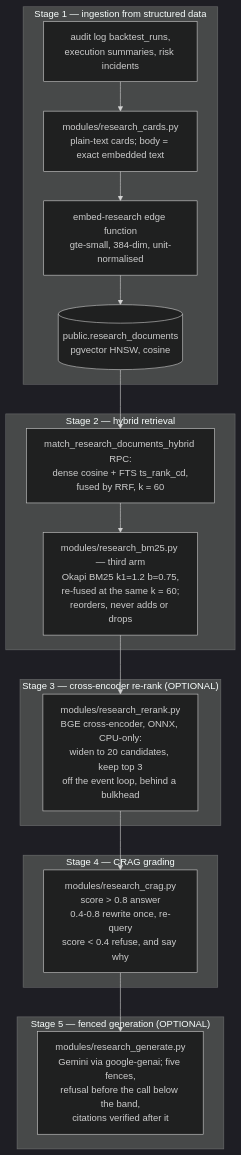
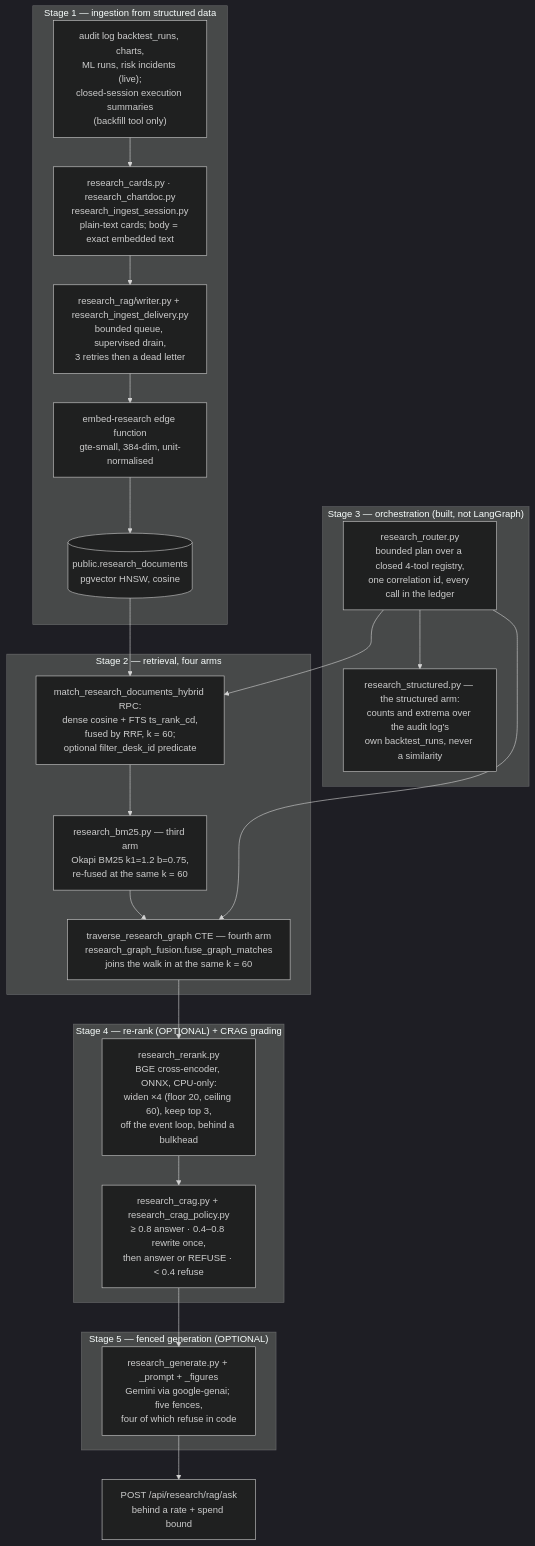
The second of 2 diagrams in docs/architecture/ARCHITECTURE.md (Manutd1234/AlphaEngine), drawn with Mermaid (dark theme) before and after one commit. The commit also changed other lines of this file and 15 other files, not shown here.

````diff
--- a/docs/architecture/ARCHITECTURE.md
+++ b/docs/architecture/ARCHITECTURE.md
@@ -237,31 +270,41 @@
 ```mermaid
 flowchart TB
     subgraph s1["Stage 1 — ingestion from structured data"]
-        sources["audit log backtest_runs,\nexecution summaries, risk incidents"]
-        cards["modules/research_cards.py\nplain-text cards; body = exact embedded text"]
-        embed["embed-research edge function\ngte-small, 384-dim, unit-normalised"]
-        corpus[("public.research_documents\npgvector HNSW, cosine")]
-        sources --> cards --> embed --> corpus
+        sources["audit log backtest_runs, charts,<br/>ML runs, risk incidents (live);<br/>closed-session execution summaries<br/>(backfill tool only)"]
+        cards["research_cards.py · research_chartdoc.py<br/>research_ingest_session.py<br/>plain-text cards; body = exact embedded text"]
+        writer["research_rag/writer.py + research_ingest_delivery.py<br/>bounded queue, supervised drain,<br/>3 retries then a dead letter"]
+        embed["embed-research edge function<br/>gte-small, 384-dim, unit-normalised"]
+        corpus[("public.research_documents<br/>pgvector HNSW, cosine")]
+        sources --> cards --> writer --> embed --> corpus
     end
 
-    subgraph s2["Stage 2 — hybrid retrieval"]
-        rpc["match_research_documents_hybrid RPC:\ndense cosine + FTS ts_rank_cd,\nfused by RRF, k = 60"]
-        bm25["modules/research_bm25.py — third arm\nOkapi BM25 k1=1.2 b=0.75,\nre-fused at the same k = 60;\nreorders, never adds or drops"]
-        rpc --> bm25
+    subgraph s2["Stage 2 — retrieval, four arms"]
+        rpc["match_research_documents_hybrid RPC:<br/>dense cosine + FTS ts_rank_cd,<br/>fused by RRF, k = 60;<br/>optional filter_desk_id predicate"]
+        bm25["research_bm25.py — third arm<br/>Okapi BM25 k1=1.2 b=0.75,<br/>re-fused at the same k = 60"]
+        gwalk["traverse_research_graph CTE — fourth arm<br/>research_graph_fusion.fuse_graph_matches<br/>joins the walk in at the same k = 60"]
+        rpc --> bm25 --> gwalk
     end
 
-    subgraph s3["Stage 3 — cross-encoder re-rank (OPTIONAL)"]
-        rerank["modules/research_rerank.py\nBGE cross-encoder, ONNX, CPU-only:\nwiden to 20 candidates, keep top 3\noff the event loop, behind a bulkhead"]
+    subgraph s3["Stage 3 — orchestration (built, not LangGraph)"]
+        router["research_router.py<br/>bounded plan over a closed 4-tool registry,<br/>one correlation id, every call in the ledger"]
+        struct["research_structured.py — the structured arm:<br/>counts and extrema over the audit log's<br/>own backtest_runs, never a similarity"]
     end
 
-    subgraph s4["Stage 4 — CRAG grading"]
-        grade["modules/research_crag.py\nscore > 0.8 answer\n0.4-0.8 rewrite once, re-query\nscore < 0.4 refuse, and say why"]
+    subgraph s4["Stage 4 — re-rank (OPTIONAL) + CRAG grading"]
+        rerank["research_rerank.py<br/>BGE cross-encoder, ONNX, CPU-only:<br/>widen ×4 (floor 20, ceiling 60), keep top 3,<br/>off the event loop, behind a bulkhead"]
+        grade["research_crag.py + research_crag_policy.py<br/>≥ 0.8 answer · 0.4–0.8 rewrite once,<br/>then answer or REFUSE · < 0.4 refuse"]
+        rerank --> grade
     end
 
     subgraph s5["Stage 5 — fenced generation (OPTIONAL)"]
-        generate["modules/research_generate.py\nGemini via google-genai; five fences,\nrefusal before the call below the band,\ncitations verified after it"]
+        generate["research_generate.py + _prompt + _figures<br/>Gemini via google-genai; five fences,<br/>four of which refuse in code"]
     end
 
     corpus --> rpc
-    bm25 --> rerank --> grade --> generate
+    router --> rpc
+    router --> gwalk
+    router --> struct
+    gwalk --> rerank
+    grade --> generate
+    generate --> ask["POST /api/research/rag/ask<br/>behind a rate + spend bound"]
 ```
````
